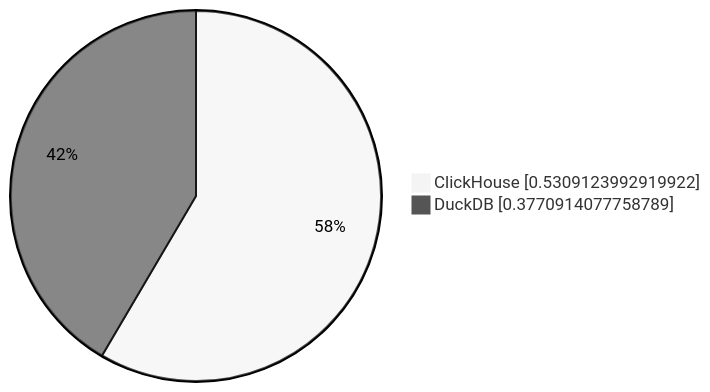
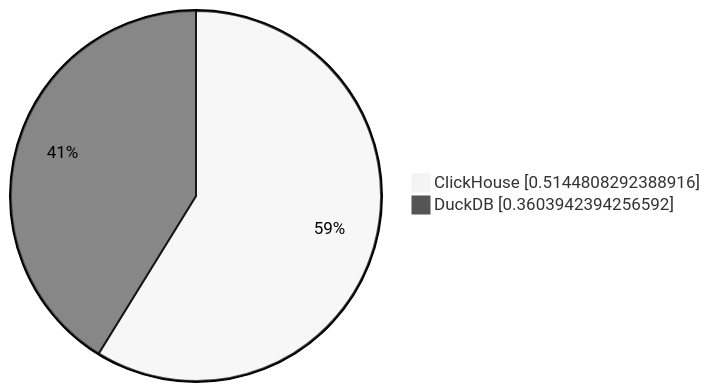
Before and after one commit to Altinity/clickhouse-regression: the second of 10 diagrams in parquet/performance/results/README.md, drawn with Mermaid (neutral theme). The commit also changed other lines of this file and 2 other files, not shown here.

````diff
--- a/parquet/performance/results/README.md
+++ b/parquet/performance/results/README.md
@@ -20,5 +20,5 @@
 ```mermaid
      pie showData
-         "ClickHouse" : 0.5309123992919922
-         "DuckDB" : 0.3770914077758789
+         "ClickHouse" : 0.5144808292388916
+         "DuckDB" : 0.3603942394256592
 ```
````
